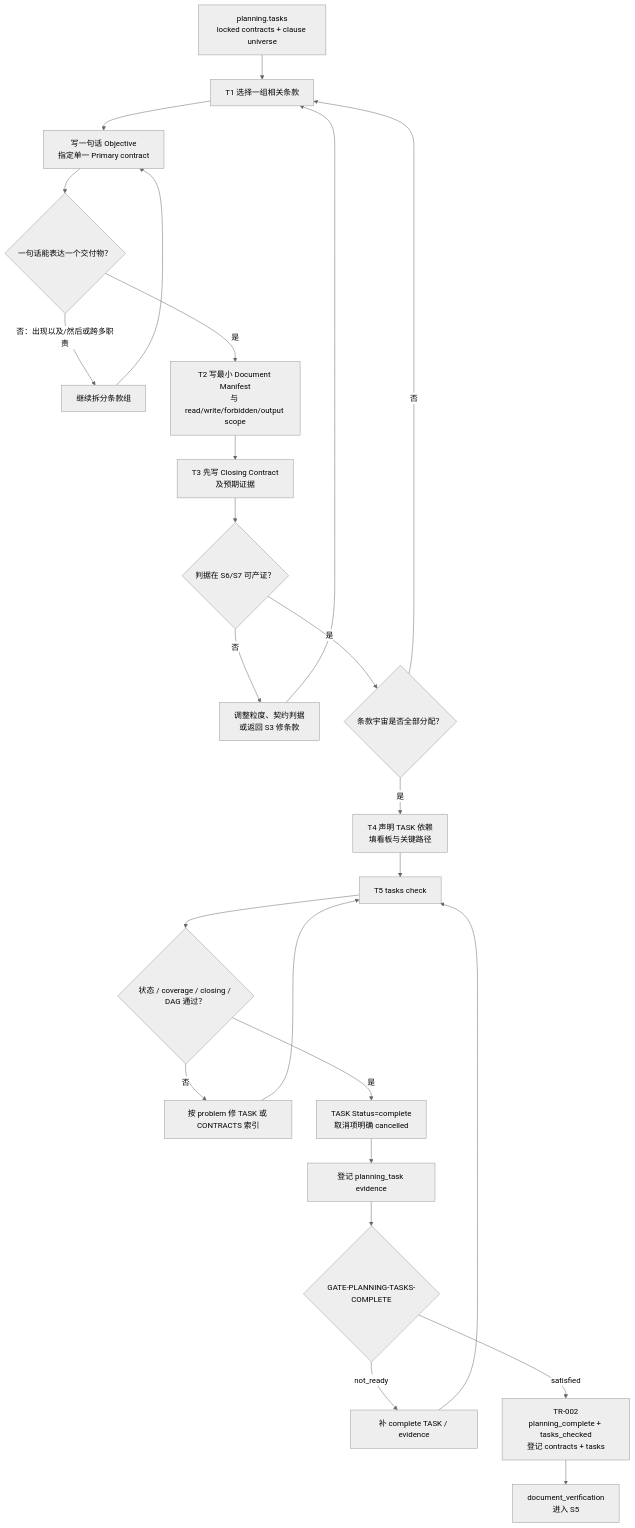
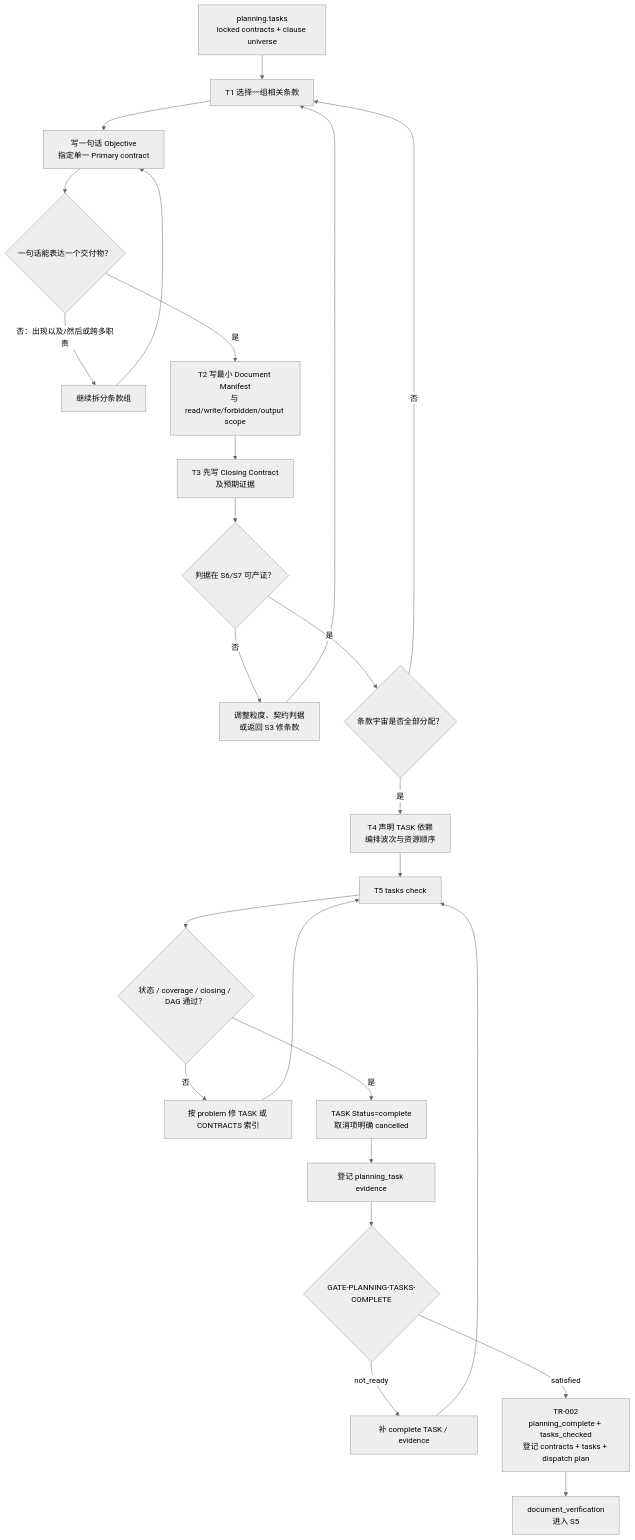
One commit to Sebs-Lee/go-system-builder changed the second of 2 diagrams in blueprint/L3-S4-task-split.md. Above: the diagram before and after it, drawn with Mermaid (neutral theme). The commit also changed other lines of this file and 223 other files, not shown here.

First line of the commit message:
feat: unify worktree governance, shared contracts and dispatch plans

````diff
--- a/blueprint/L3-S4-task-split.md
+++ b/blueprint/L3-S4-task-split.md
@@ -94,27 +94,27 @@
 ```mermaid
 flowchart TD
     IN["planning.tasks<br/>locked contracts + clause universe"] --> PICK["T1 选择一组相关条款"]
     PICK --> OBJ["写一句话 Objective<br/>指定单一 Primary contract"]
     OBJ --> ONE{"一句话能表达一个交付物？"}
     ONE -->|否：出现以及/然后或跨多职责| SPLIT["继续拆分条款组"]
     SPLIT --> OBJ
     ONE -->|是| SCOPE["T2 写最小 Document Manifest<br/>与 read/write/forbidden/output scope"]
     SCOPE --> CLOSE["T3 先写 Closing Contract<br/>及预期证据"]
     CLOSE --> TESTABLE{"判据在 S6/S7 可产证？"}
     TESTABLE -->|否| BACK["调整粒度、契约判据<br/>或返回 S3 修条款"]
     BACK --> PICK
     TESTABLE -->|是| MORE{"条款宇宙是否全部分配？"}
     MORE -->|否| PICK
-    MORE -->|是| DAG["T4 声明 TASK 依赖<br/>填看板与关键路径"]
+    MORE -->|是| DAG["T4 声明 TASK 依赖<br/>编排波次与资源顺序"]
     DAG --> CHECK["T5 tasks check"]
     CHECK --> PASS{"状态 / coverage / closing / DAG 通过？"}
     PASS -->|否| FIX["按 problem 修 TASK 或 CONTRACTS 索引"]
     FIX --> CHECK
     PASS -->|是| COMPLETE["TASK Status=complete<br/>取消项明确 cancelled"]
     COMPLETE --> EVID["登记 planning_task evidence"]
     EVID --> GATE{"GATE-PLANNING-TASKS-COMPLETE"}
     GATE -->|not_ready| FIXG["补 complete TASK / evidence"]
     FIXG --> CHECK
-    GATE -->|satisfied| TR["TR-002<br/>planning_complete + tasks_checked<br/>登记 contracts + tasks"]
+    GATE -->|satisfied| TR["TR-002<br/>planning_complete + tasks_checked<br/>登记 contracts + tasks + dispatch plan"]
     TR --> S5["document_verification<br/>进入 S5"]
 ```
````
